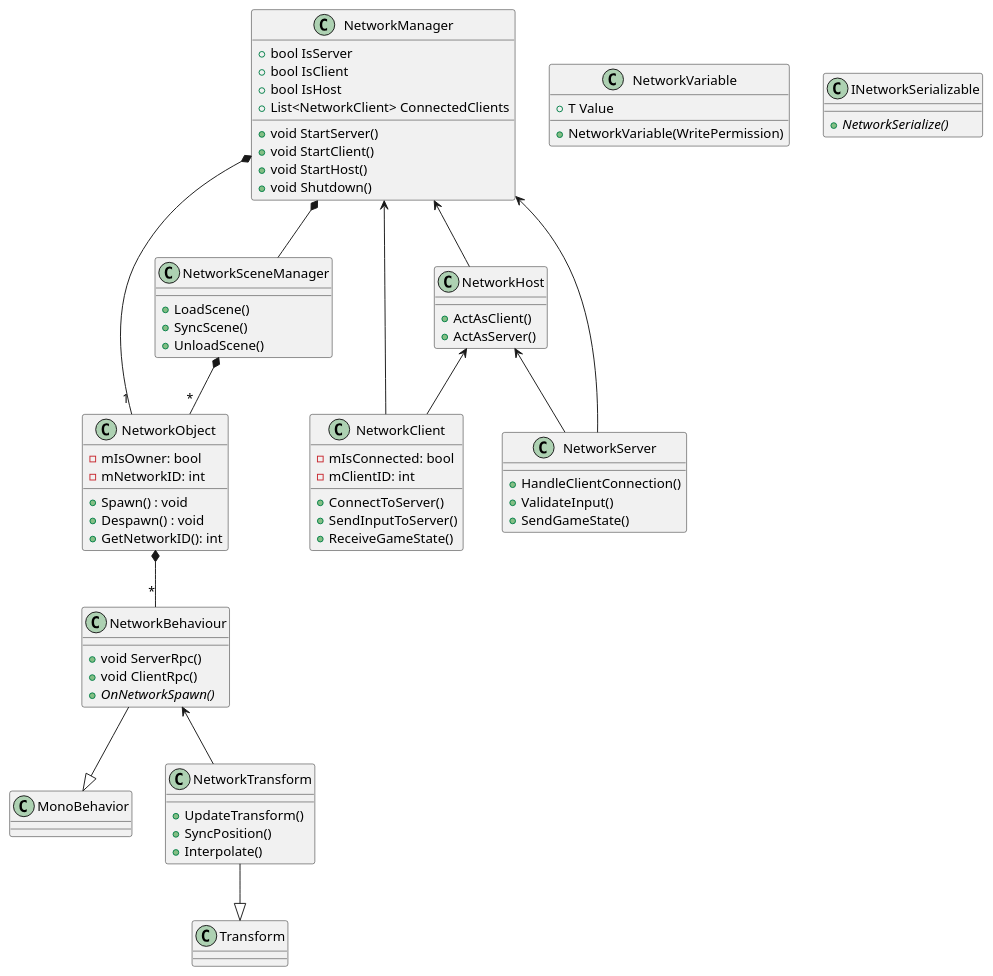
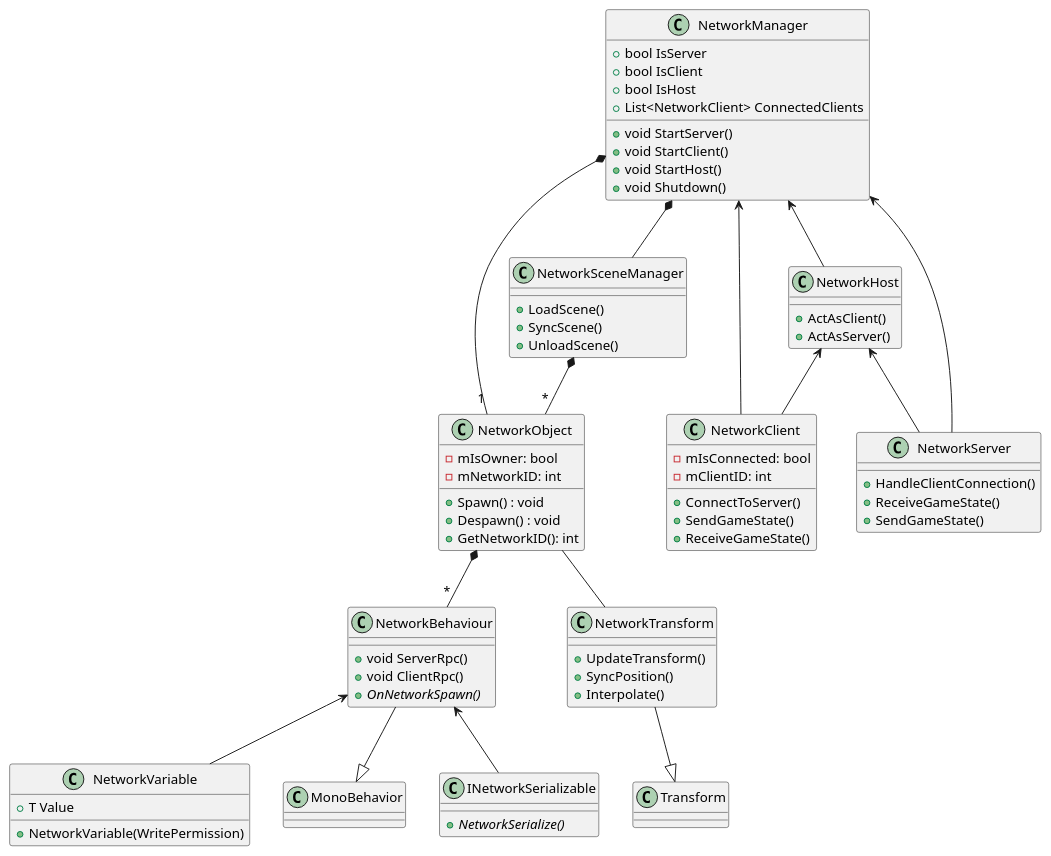
The diagram in docs/Diagrams/Multiplayer_Class.puml (Seger01/GameEngine), drawn with PlantUML before and after one commit.

Commit message:
Updated network class diagram

```diff
--- a/docs/Diagrams/Multiplayer_Class.puml
+++ b/docs/Diagrams/Multiplayer_Class.puml
@@ -1,131 +1,134 @@
 @startuml
 
 class NetworkManager {
     +bool IsServer
     +bool IsClient
     +bool IsHost
     +List<NetworkClient> ConnectedClients
     
     +void StartServer()
     +void StartClient()
     +void StartHost()
     +void Shutdown()
 }
 
 class NetworkObject {
     + Spawn() : void
     + Despawn() : void
     + GetNetworkID(): int
     - mIsOwner: bool
     - mNetworkID: int
 }
 
 class NetworkBehaviour {
     +void ServerRpc()
     +void ClientRpc()
     + {abstract} OnNetworkSpawn()
     
 }
 
 ' Template class for network variables
 class NetworkVariable{
     + NetworkVariable(WritePermission)
     + T Value
     
 }
 
 class MonoBehavior{}
 
 ' Maybe not needed
 class NetworkTransform {
     + UpdateTransform()
     + SyncPosition()
     + Interpolate()
 }
 
 class Transform{}
 
 class NetworkClient {
     + ConnectToServer()
-    + SendInputToServer()
+    + SendGameState()
     + ReceiveGameState()
 
     - mIsConnected: bool
     - mClientID: int
 }
 
 class NetworkServer {
     + HandleClientConnection()
-    + ValidateInput()
+    + ReceiveGameState()
     + SendGameState()
 }
 
 class NetworkHost {
     + ActAsClient()
     + ActAsServer()
 }
 
 ' class NetworkMessage {
 '     + Serialize()
 '     + Deserialize()
 '     + SendMessage()
 '     - mMessageType: string
 ' }
 
 class NetworkSceneManager {
     + LoadScene()
     + SyncScene()
     + UnloadScene()
 }
 
 ' class NetworkInputManager {
 '     + CaptureInput()
 '     + SendInput()
 '     + ApplyInputPrediction()
 ' }
 
 ' class NetworkReplicationManager {
 '     + ReplicateObjectState()
 '     + SyncWithClients()
 '     + ApplyInterpolation()
 ' }
 
 ' class AuthorityManager {
 '     + AssignAuthority()
 '     + RequestControl()
 '     - mObjectAuthority: string
 ' }
 
 class INetworkSerializable {
     + {abstract} NetworkSerialize()
     ' + Deserialize()
 }
 
 NetworkManager <-- NetworkClient
 NetworkManager <-- NetworkServer
 NetworkManager <-- NetworkHost
 NetworkManager *-- NetworkSceneManager
 NetworkManager *-- "1" NetworkObject
 ' NetworkManager <-- AuthorityManager
 
 NetworkObject *-- "*" NetworkBehaviour
-NetworkBehaviour <-- NetworkTransform
+NetworkObject -- NetworkTransform
+
 NetworkBehaviour --|> MonoBehavior
+NetworkBehaviour <-- NetworkVariable
+NetworkBehaviour <-- INetworkSerializable
 
 NetworkTransform --|> Transform
 
 ' NetworkClient --> NetworkInputManager
 ' NetworkClient --> NetworkMessage
 ' NetworkClient --> NetworkReplicationManager
 
 ' NetworkServer --> NetworkMessage
 ' NetworkServer --> NetworkReplicationManager
 
 
 NetworkHost <-- NetworkServer
 NetworkHost <-- NetworkClient
 
 ' AuthorityManager <-- NetworkObject
 NetworkSceneManager *-- "*" NetworkObject
 
 @enduml
```
